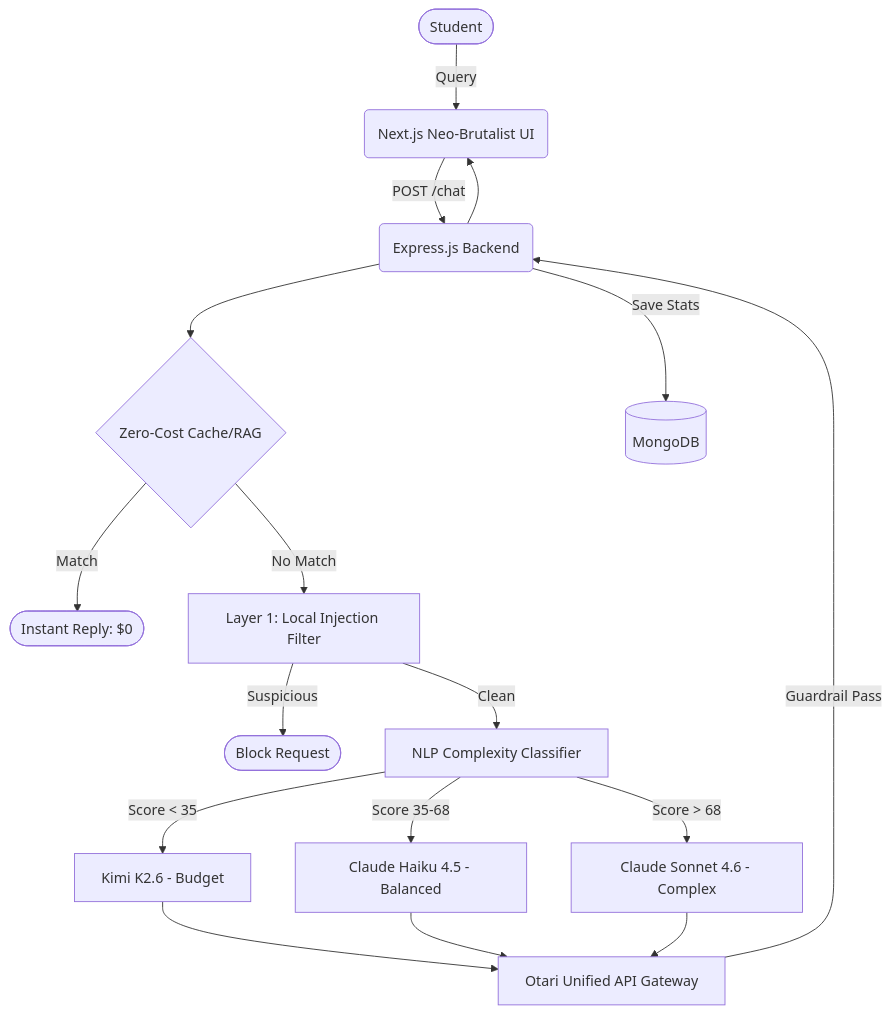
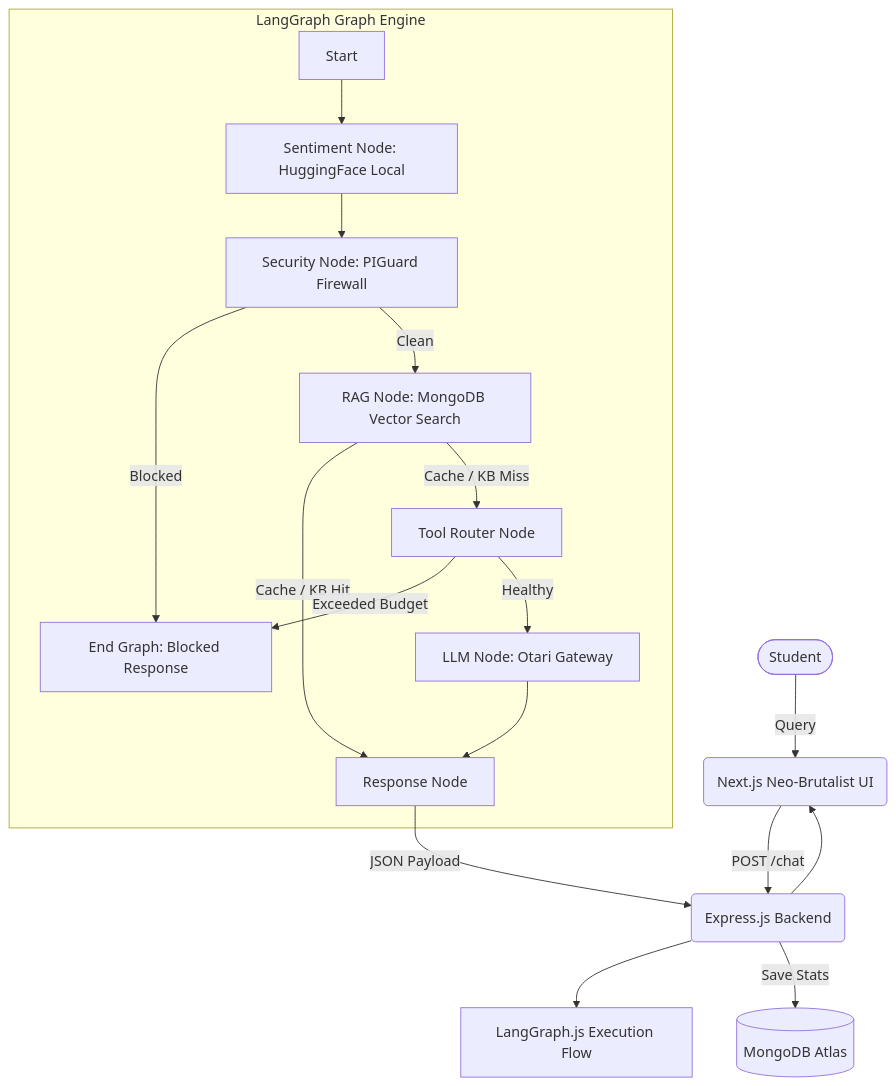
Before and after one commit to bclover-07/iris-bot-flowzint-hackathon: the diagram in README.md, drawn with Mermaid. The commit also changed other lines of this file and 29 other files, not shown here.

Commit message:
implement RAG pipeline with semantic search, agentic orchestration, and UI skeleton components

````diff
--- a/README.md
+++ b/README.md
@@ -42,24 +40,26 @@
 ```mermaid
 graph TD
     User([Student]) -->|Query| Frontend(Next.js Neo-Brutalist UI)
     Frontend -->|POST /chat| API(Express.js Backend)
     
-    API --> Cache{Zero-Cost Cache/RAG}
-    Cache -->|Match| Response([Instant Reply: $0])
+    API --> Graph[LangGraph.js Execution Flow]
     
-    Cache -->|No Match| PIGuard[Layer 1: Local Injection Filter]
-    PIGuard -->|Suspicious| Block([Block Request])
+    subgraph LangGraph Graph Engine
+        Start[Start] --> SentNode[Sentiment Node: HuggingFace Local]
+        SentNode --> SecNode[Security Node: PIGuard Firewall]
+        
+        SecNode -->|Blocked| EndGraph[End Graph: Blocked Response]
+        SecNode -->|Clean| RAGNode[RAG Node: MongoDB Vector Search]
+        
+        RAGNode -->|Cache / KB Hit| RespNode[Response Node]
+        RAGNode -->|Cache / KB Miss| RouterNode[Tool Router Node]
+        
+        RouterNode -->|Exceeded Budget| EndGraph
+        RouterNode -->|Healthy| LLMNode[LLM Node: Otari Gateway]
+        LLMNode --> RespNode
+    end
     
-    PIGuard -->|Clean| Classifier[NLP Complexity Classifier]
-    Classifier -->|Score < 35| Kimi[Kimi K2.6 - Budget]
-    Classifier -->|Score 35-68| Haiku[Claude Haiku 4.5 - Balanced]
-    Classifier -->|Score > 68| Sonnet[Claude Sonnet 4.6 - Complex]
-    
-    Kimi --> Otari[Otari Unified API Gateway]
-    Haiku --> Otari
-    Sonnet --> Otari
-    
-    Otari -->|Guardrail Pass| API
-    API -->|Save Stats| DB[(MongoDB)]
+    RespNode -->|JSON Payload| API
+    API -->|Save Stats| DB[(MongoDB Atlas)]
     API --> Frontend
 ```
````
